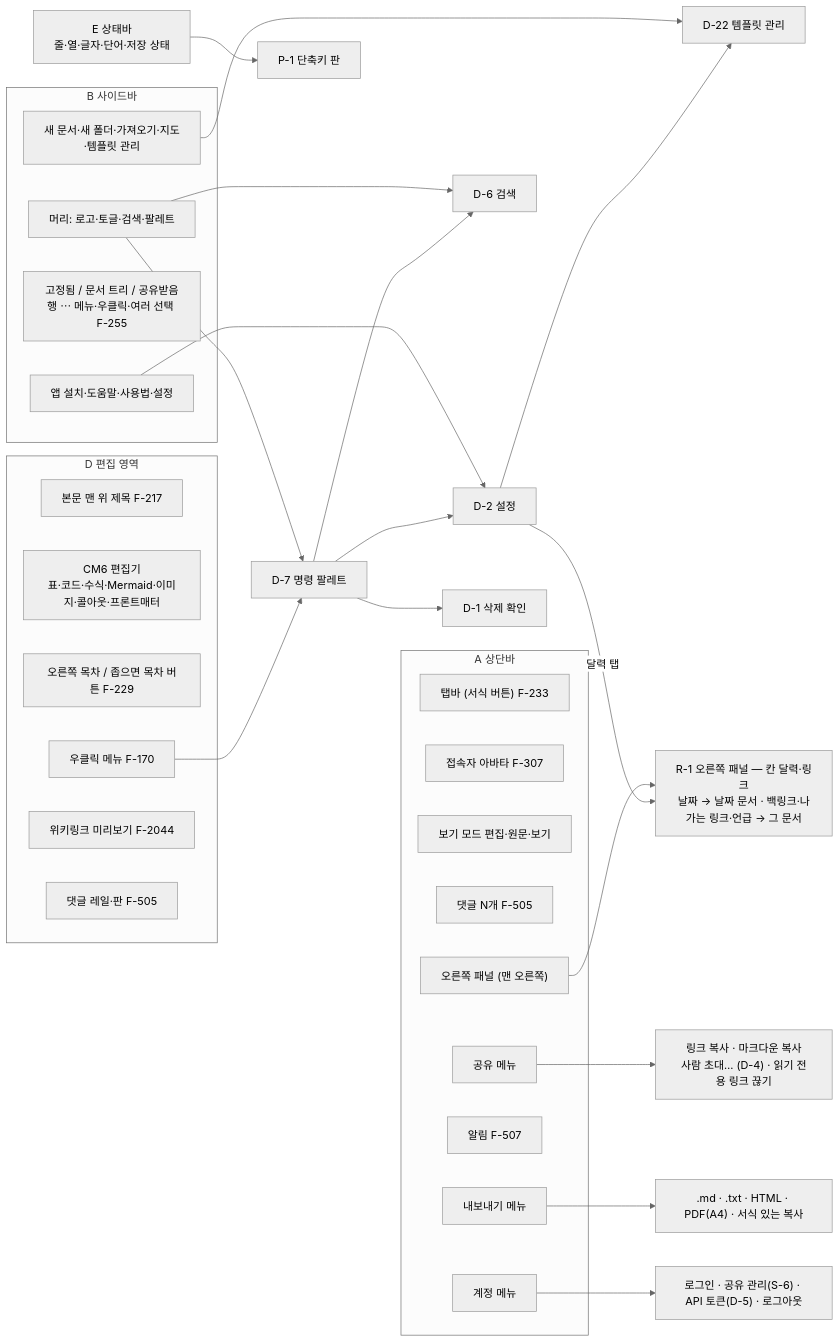
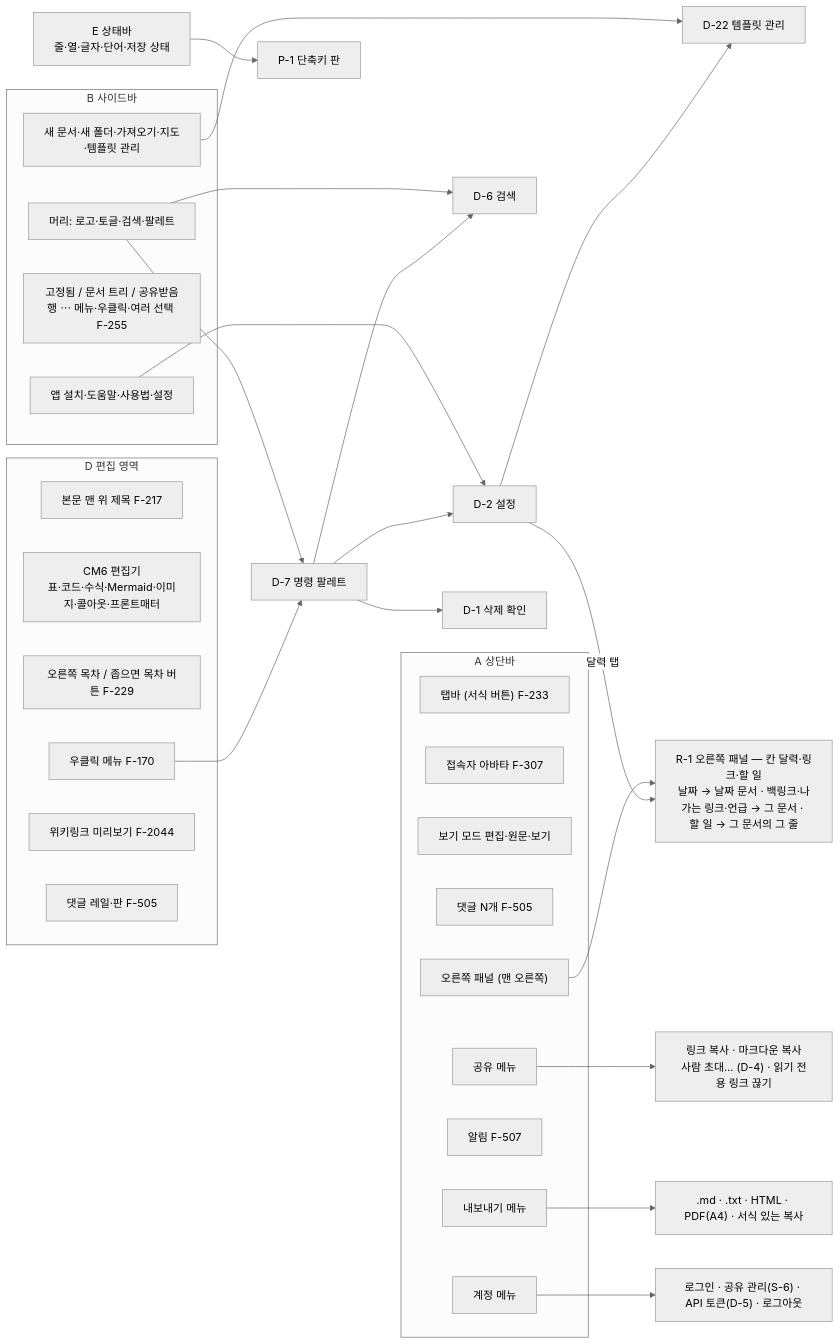
The third of 5 diagrams in specs/map.md (R00neyj/rawdoc), drawn with Mermaid (neutral theme) before and after one commit. The commit also changed 19 other files, not shown here.

````diff
--- a/specs/map.md
+++ b/specs/map.md
@@ -67,45 +67,45 @@
 ```mermaid
 flowchart LR
   subgraph A["A 상단바"]
     A1["탭바 (서식 버튼) F-233"]
     A2["접속자 아바타 F-307"]
     A3["보기 모드 편집·원문·보기"]
     A4["댓글 N개 F-505"]
     A5["공유 메뉴"]
     A6["내보내기 메뉴"]
     A7["알림 F-507"]
     A8["계정 메뉴"]
     A9["오른쪽 패널 (맨 오른쪽)"]
   end
   subgraph B["B 사이드바"]
     B1["머리: 로고·토글·검색·팔레트"]
     B2["새 문서·새 폴더·가져오기·지도·템플릿 관리"]
     B3["고정됨 / 문서 트리 / 공유받음<br/>행 ⋯ 메뉴·우클릭·여러 선택 F-255"]
     B4["앱 설치·도움말·사용법·설정"]
   end
   subgraph D["D 편집 영역"]
     D1["본문 맨 위 제목 F-217"]
     D2["CM6 편집기<br/>표·코드·수식·Mermaid·이미지·콜아웃·프론트매터"]
     D3["오른쪽 목차 / 좁으면 목차 버튼 F-229"]
     D4["우클릭 메뉴 F-170"]
     D5["위키링크 미리보기 F-2044"]
     D6["댓글 레일·판 F-505"]
   end
   E["E 상태바<br/>줄·열·글자·단어·저장 상태"]
 
   A5 --> share["링크 복사 · 마크다운 복사<br/>사람 초대… (D-4) · 읽기 전용 링크 끊기"]
   A6 --> export[".md · .txt · HTML · PDF(A4) · 서식 있는 복사"]
   A8 --> account["로그인 · 공유 관리(S-6) · API 토큰(D-5) · 로그아웃"]
   B1 --> D6dlg["D-6 검색"]
   B1 --> D7dlg["D-7 명령 팔레트"]
   B4 --> D2dlg["D-2 설정"]
   B2 --> D22dlg["D-22 템플릿 관리"]
   D2dlg --> D22dlg
   D4 --> D7dlg
   D7dlg --> D1dlg["D-1 삭제 확인"]
   D7dlg --> D2dlg
   D7dlg --> D6dlg
   E --> P1["P-1 단축키 판"]
-  A9 --> R1["R-1 오른쪽 패널 — 칸 달력·링크<br/>날짜 → 날짜 문서 · 백링크·나가는 링크·언급 → 그 문서"]
+  A9 --> R1["R-1 오른쪽 패널 — 칸 달력·링크·할 일<br/>날짜 → 날짜 문서 · 백링크·나가는 링크·언급 → 그 문서 · 할 일 → 그 문서의 그 줄"]
   D2dlg -- "달력 탭" --> R1
 ```
````
